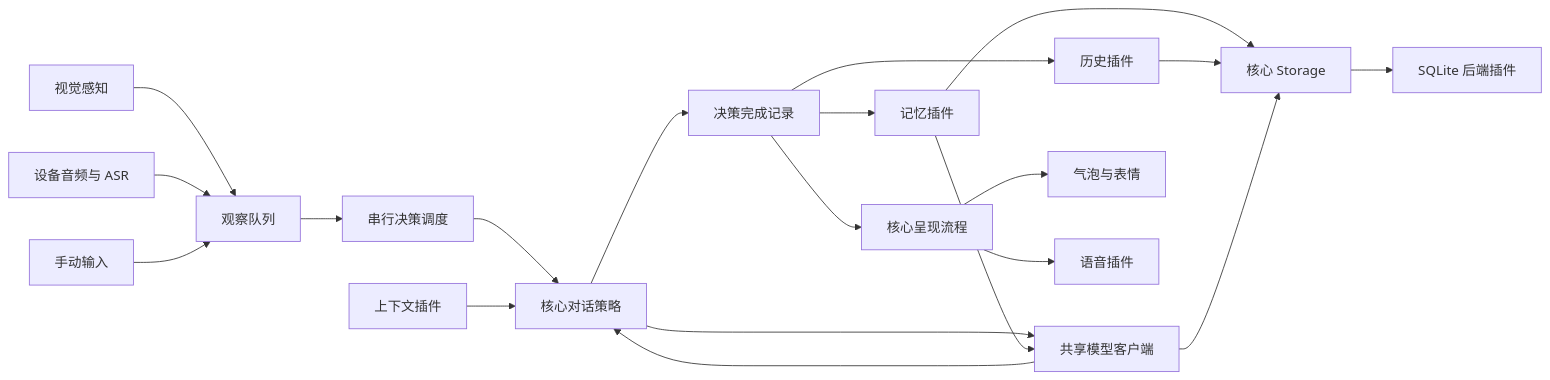
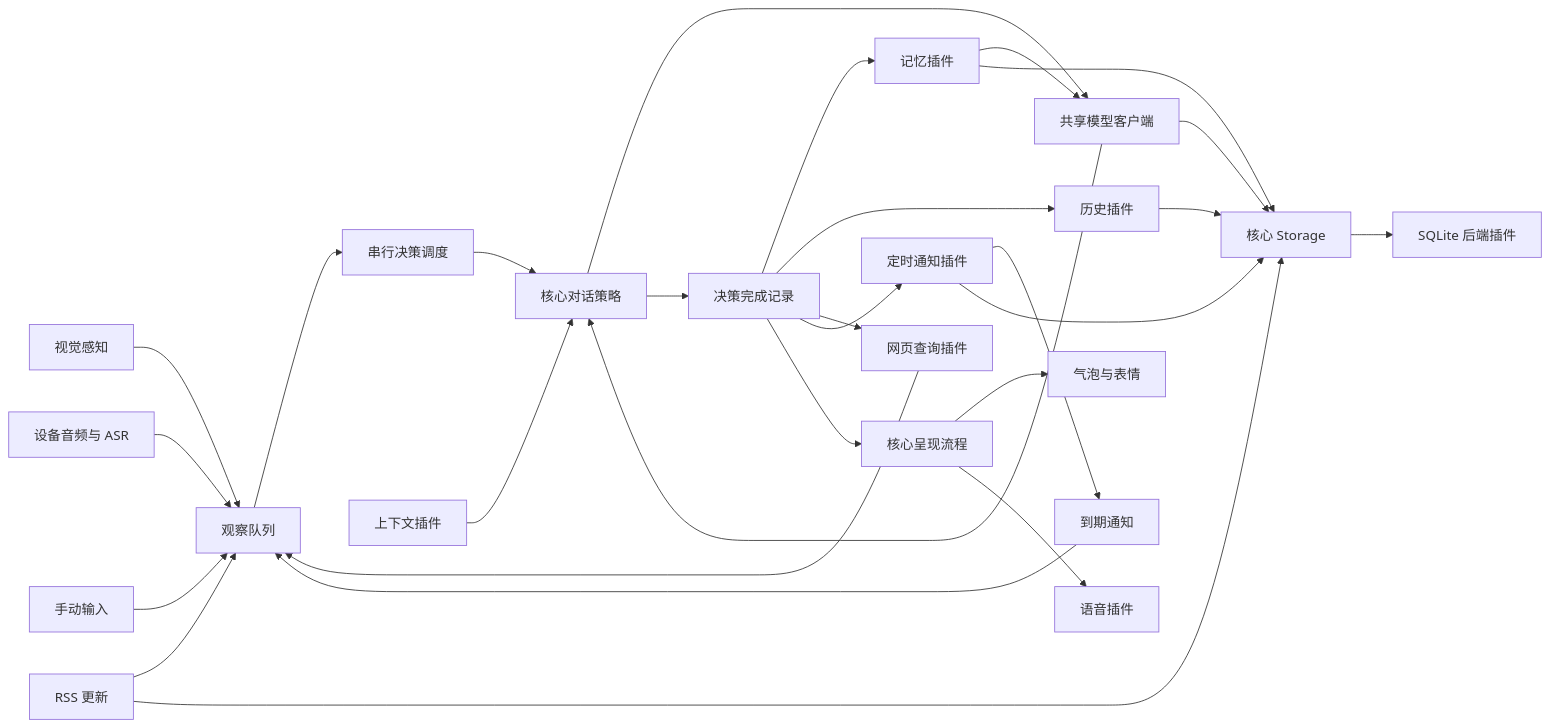
One commit to thebeet/mylive2dpet changed the diagram in README.md. Above: the diagram before and after it, drawn with Mermaid. The commit also changed other lines of this file and 21 other files, not shown here.

````diff
--- a/README.md
+++ b/README.md
@@ -373,22 +405,30 @@
 ```mermaid
 flowchart LR
     Screen[视觉感知] --> Queue[观察队列]
     Audio[设备音频与 ASR] --> Queue
     Manual[手动输入] --> Queue
+    RSS[RSS 更新] --> Queue
+    Tasks[到期通知] --> Queue
     Queue --> Scheduler[串行决策调度]
     Scheduler --> AI[核心对话策略]
     Context[上下文插件] --> AI
     AI --> Model[共享模型客户端]
     Model --> AI
     AI --> Result[决策完成记录]
     Result --> Memory[记忆插件]
     Result --> History[历史插件]
+    Result --> Web[网页查询插件]
+    Web --> Queue
+    Result --> Schedule[定时通知插件]
+    Schedule --> Tasks
     Result --> Present[核心呈现流程]
     Present --> Bubble[气泡与表情]
     Present --> TTS[语音插件]
     Memory --> Model
     Memory --> Storage[核心 Storage]
     History --> Storage
+    RSS --> Storage
+    Schedule --> Storage
     Model --> Storage
     Storage --> SQLite[SQLite 后端插件]
 ```
````
